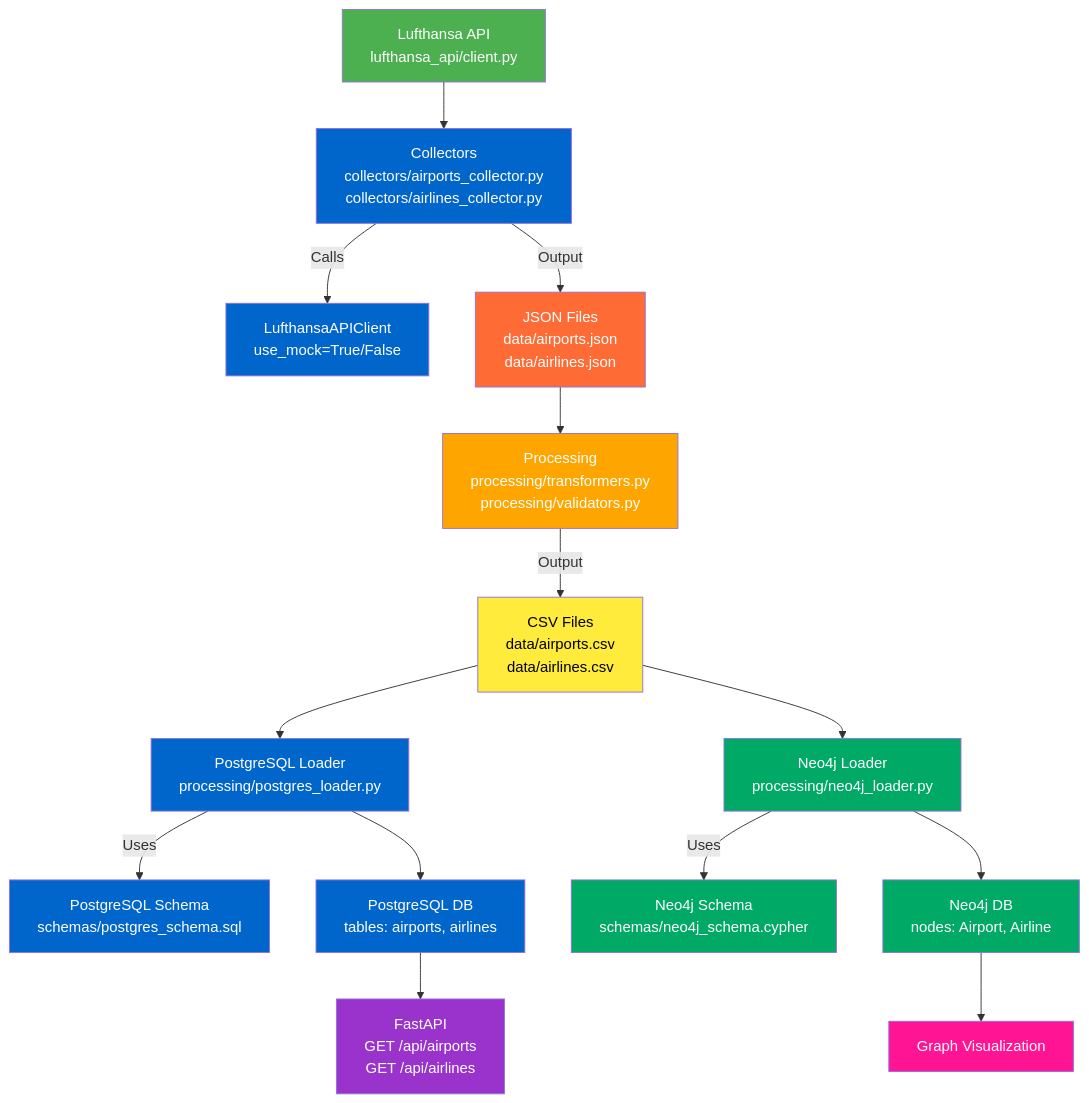
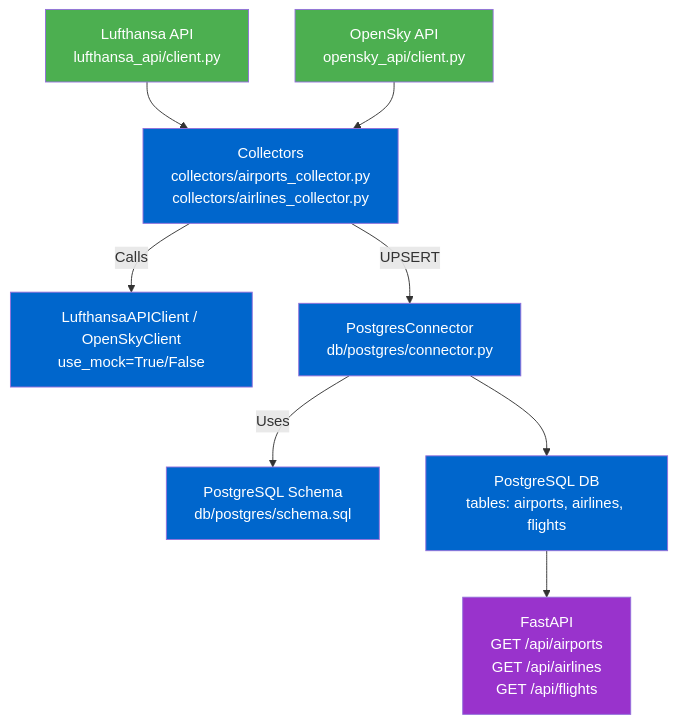
Before and after one commit to MatthiasSails/airline-data-platform: the seventh of 7 diagrams in 01-requirements/c-architecture/architecture_m.md, drawn with Mermaid.

Commit message:
Update File Dependencies diagram to reflect Phase 1 architecture
- Remove JSON/CSV intermediate files (no longer exist)
- Add OpenSkyClient as second data source
- Add PostgresConnector as direct output target
- Remove Neo4j references (not yet implemented)

````diff
--- a/01-requirements/c-architecture/architecture_m.md
+++ b/01-requirements/c-architecture/architecture_m.md
@@ -203,41 +203,27 @@
 ```mermaid
 graph TD
     API["Lufthansa API<br/>lufthansa_api/client.py"]
     
     API --> COLLECTORS["Collectors<br/>collectors/airports_collector.py<br/>collectors/airlines_collector.py"]
     
-    COLLECTORS -->|Calls| CLIENT["LufthansaAPIClient<br/>use_mock=True/False"]
+    COLLECTORS -->|Calls| CLIENT["LufthansaAPIClient / OpenSkyClient<br/>use_mock=True/False"]
     
-    COLLECTORS -->|Output| JSON_DATA["JSON Files<br/>data/airports.json<br/>data/airlines.json"]
-    
-    JSON_DATA --> ETL["Processing<br/>processing/transformers.py<br/>processing/validators.py"]
-    
-    ETL -->|Output| CSV_DATA["CSV Files<br/>data/airports.csv<br/>data/airlines.csv"]
-    
-    CSV_DATA --> PG_LOADER["PostgreSQL Loader<br/>processing/postgres_loader.py"]
-    CSV_DATA --> NEO_LOADER["Neo4j Loader<br/>processing/neo4j_loader.py"]
-    
-    PG_LOADER -->|Uses| PG_SCHEMA["PostgreSQL Schema<br/>schemas/postgres_schema.sql"]
-    NEO_LOADER -->|Uses| NEO_SCHEMA["Neo4j Schema<br/>schemas/neo4j_schema.cypher"]
-    
-    PG_LOADER --> PG["PostgreSQL DB<br/>tables: airports, airlines"]
-    NEO_LOADER --> NEO["Neo4j DB<br/>nodes: Airport, Airline"]
-    
-    PG --> API_SERVER["FastAPI<br/>GET /api/airports<br/>GET /api/airlines"]
-    NEO --> GRAPH["Graph Visualization"]
-    
+    COLLECTORS -->|UPSERT| CONNECTOR["PostgresConnector<br/>db/postgres/connector.py"]
+
+    OPENSKY["OpenSky API<br/>opensky_api/client.py"] --> COLLECTORS
+
+    CONNECTOR -->|Uses| PG_SCHEMA["PostgreSQL Schema<br/>db/postgres/schema.sql"]
+
+    CONNECTOR --> PG["PostgreSQL DB<br/>tables: airports, airlines, flights"]
+
+    PG --> API_SERVER["FastAPI<br/>GET /api/airports<br/>GET /api/airlines<br/>GET /api/flights"]
+
     style API fill:#4CAF50,color:#fff
+    style OPENSKY fill:#4CAF50,color:#fff
     style COLLECTORS fill:#0066CC,color:#fff
     style CLIENT fill:#0066CC,color:#fff
-    style JSON_DATA fill:#FF6B35,color:#fff
-    style ETL fill:#FFA500,color:#fff
-    style CSV_DATA fill:#FFEB3B,color:#000
-    style PG_LOADER fill:#0066CC,color:#fff
-    style NEO_LOADER fill:#00AA66,color:#fff
+    style CONNECTOR fill:#0066CC,color:#fff
     style PG_SCHEMA fill:#0066CC,color:#fff
-    style NEO_SCHEMA fill:#00AA66,color:#fff
     style PG fill:#0066CC,color:#fff
-    style NEO fill:#00AA66,color:#fff
     style API_SERVER fill:#9933CC,color:#fff
-    style GRAPH fill:#FF1493,color:#fff
 ```
````
